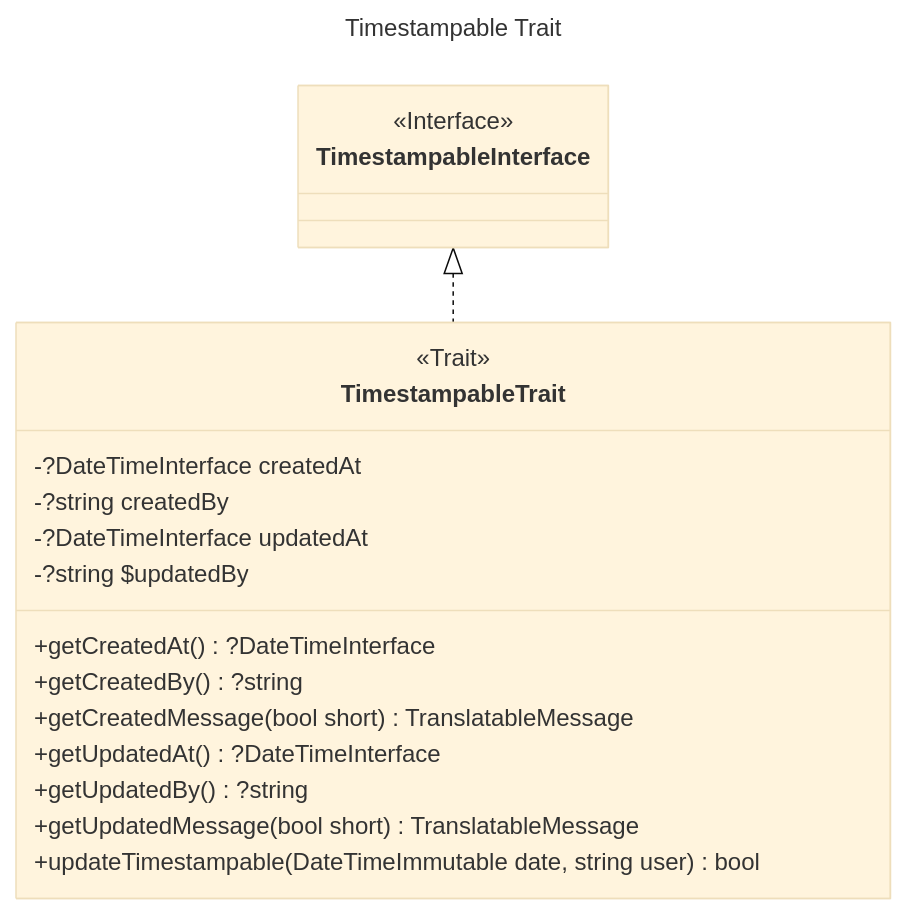
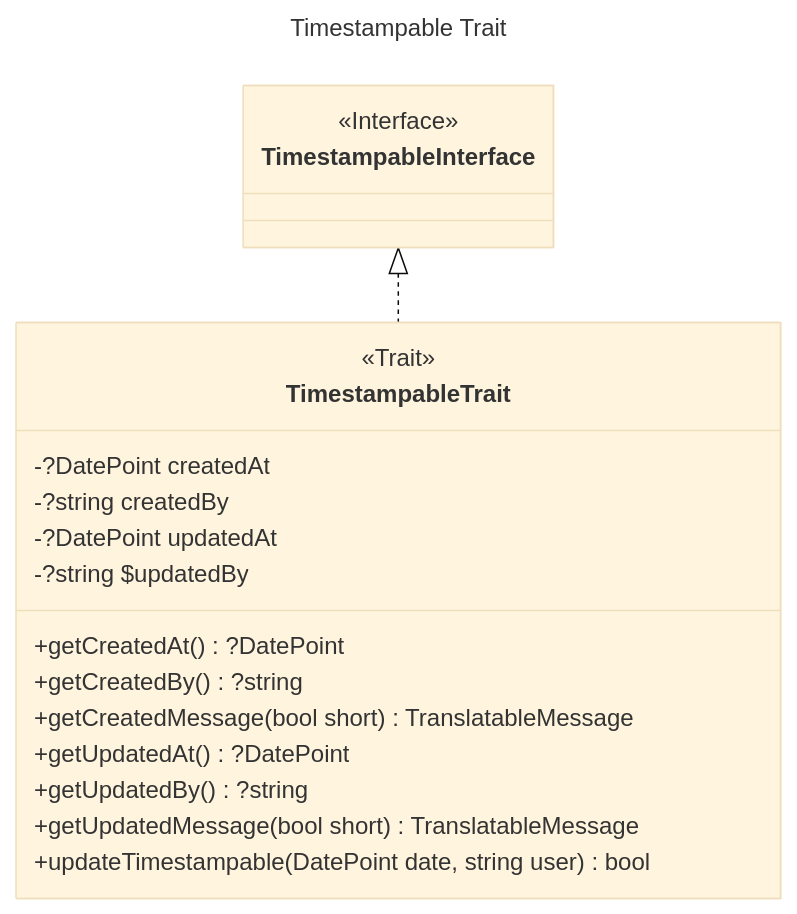
Before and after one commit to laurentmuller/calculation: the diagram in resources/diagrams/timestampable_trait.mmd, drawn with Mermaid (base theme). The commit also changed 22 other files, not shown here.

```diff
--- a/resources/diagrams/timestampable_trait.mmd
+++ b/resources/diagrams/timestampable_trait.mmd
@@ -1,28 +1,28 @@
 ---
 title: Timestampable Trait
 ---
 classDiagram
     direction TB
 
     class TimestampableInterface {
         <<Interface>>
     }
 
     class TimestampableTrait {
         <<Trait>>
-        -?DateTimeInterface createdAt
+        -?DatePoint createdAt
         -?string createdBy
-        -?DateTimeInterface updatedAt
+        -?DatePoint updatedAt
         -?string $updatedBy
-        +getCreatedAt() ?DateTimeInterface
+        +getCreatedAt() ?DatePoint
         +getCreatedBy() ?string
         +getCreatedMessage(bool short) TranslatableMessage
-        +getUpdatedAt() ?DateTimeInterface
+        +getUpdatedAt() ?DatePoint
         +getUpdatedBy() ?string
         +getUpdatedMessage(bool short) TranslatableMessage
-        +updateTimestampable(DateTimeImmutable date, string user) bool
+        +updateTimestampable(DatePoint date, string user) bool
     }
 
     TimestampableInterface <|.. TimestampableTrait
 
     click TimestampableInterface call nodeCallback()
```
